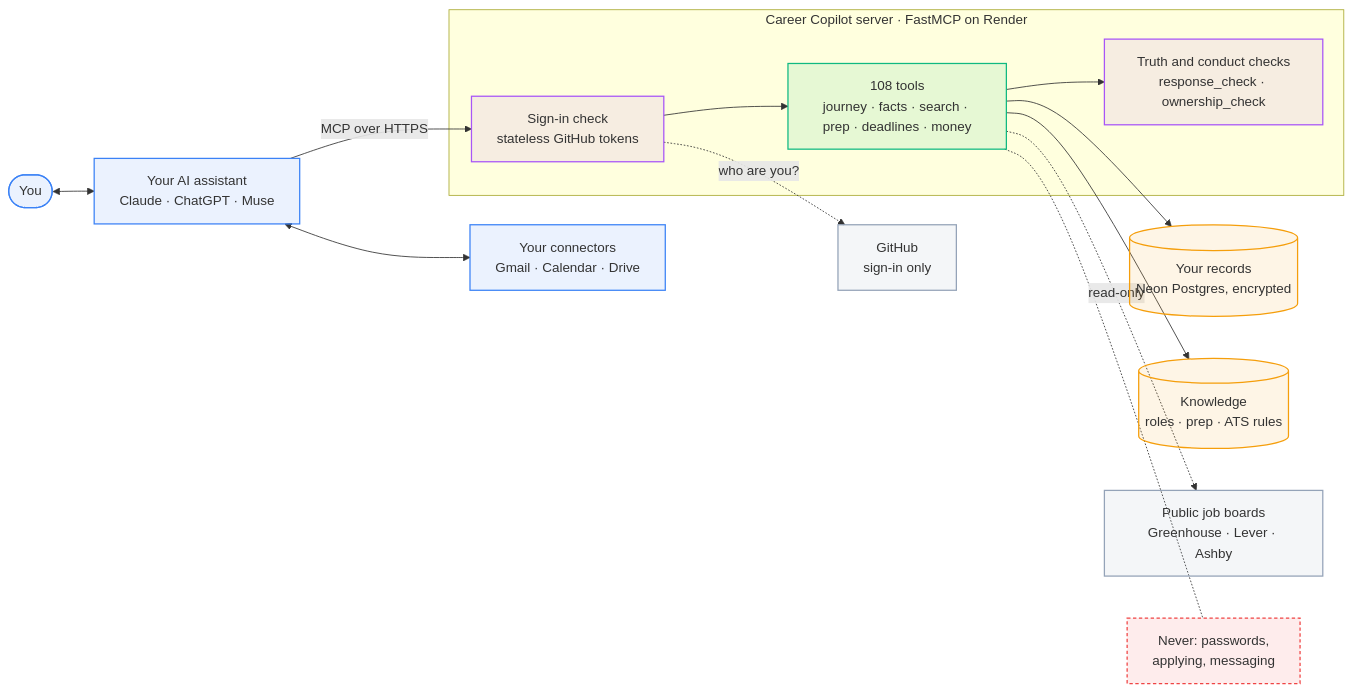
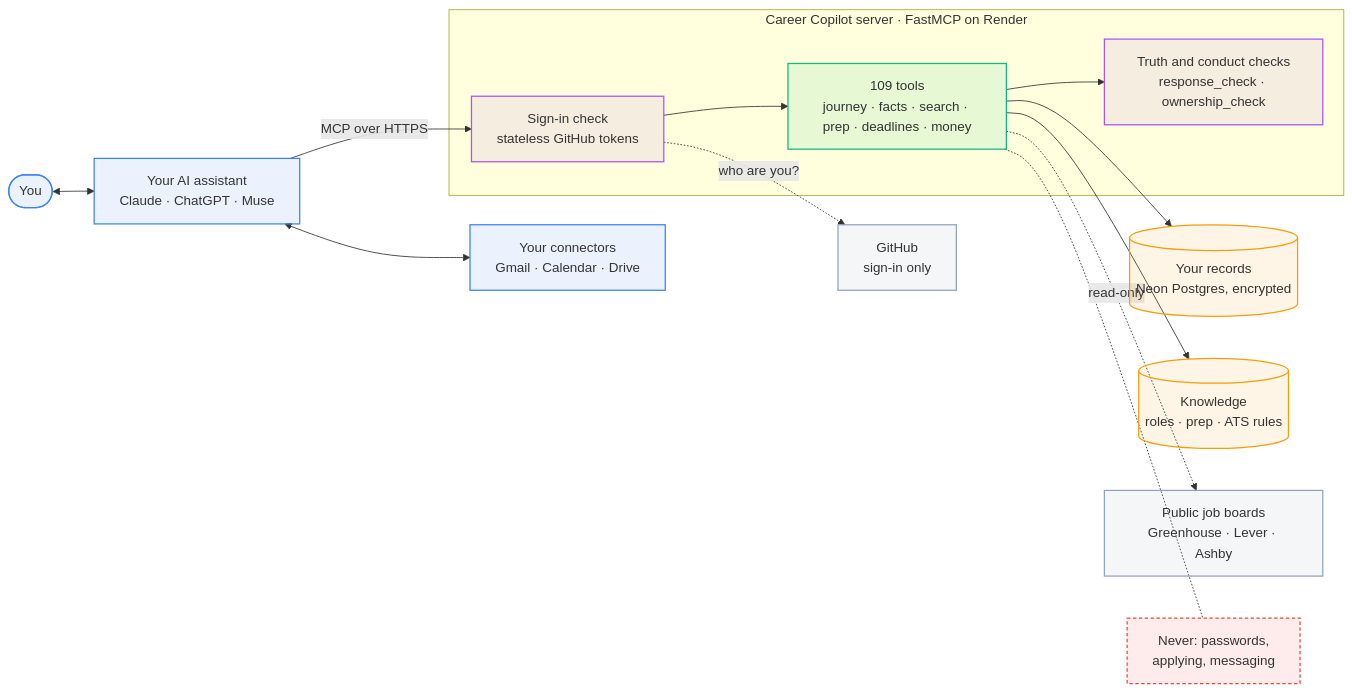
One commit to TusharSamantaray/career-copilot-mcp changed the first of 9 diagrams in docs/ARCHITECTURE.md. Above: the diagram before and after it, drawn with Mermaid. The commit also changed 15 other files, not shown here.

First line of the commit message:
feat: from a hiring post to a sent message in one guided flow

````diff
--- a/docs/ARCHITECTURE.md
+++ b/docs/ARCHITECTURE.md
@@ -42,35 +42,35 @@
 ```mermaid
 flowchart LR
   classDef person fill:#3B82F61A,stroke:#3B82F6,stroke-width:1.5px
   classDef copilot fill:#10B9811A,stroke:#10B981,stroke-width:1.5px
   classDef store fill:#F59E0B1A,stroke:#F59E0B,stroke-width:1.5px
   classDef ext fill:#94A3B81A,stroke:#94A3B8,stroke-width:1.5px
   classDef guard fill:#A855F71A,stroke:#A855F7,stroke-width:1.5px
   classDef never fill:#EF44441A,stroke:#EF4444,stroke-width:1.5px,stroke-dasharray:4 3
 
   you(["You"]):::person
   ai["Your AI assistant<br/>Claude · ChatGPT · Muse"]:::person
   own["Your connectors<br/>Gmail · Calendar · Drive"]:::person
 
   subgraph server["Career Copilot server · FastMCP on Render"]
     auth["Sign-in check<br/>stateless GitHub tokens"]:::guard
-    tools["108 tools<br/>journey · facts · search · prep · deadlines · money"]:::copilot
+    tools["109 tools<br/>journey · facts · search · prep · deadlines · money"]:::copilot
     checks["Truth and conduct checks<br/>response_check · ownership_check"]:::guard
   end
 
   db[("Your records<br/>Neon Postgres, encrypted")]:::store
   kb[("Knowledge<br/>roles · prep · ATS rules")]:::store
   gh["GitHub<br/>sign-in only"]:::ext
   boards["Public job boards<br/>Greenhouse · Lever · Ashby"]:::ext
   never["Never: passwords,<br/>applying, messaging"]:::never
 
   you <--> ai
   ai <--> own
   ai -- "MCP over HTTPS" --> auth --> tools
   tools --> checks
   tools --> db
   tools --> kb
   auth -. "who are you?" .-> gh
   tools -. "read-only" .-> boards
   tools -.- never
 ```
````
